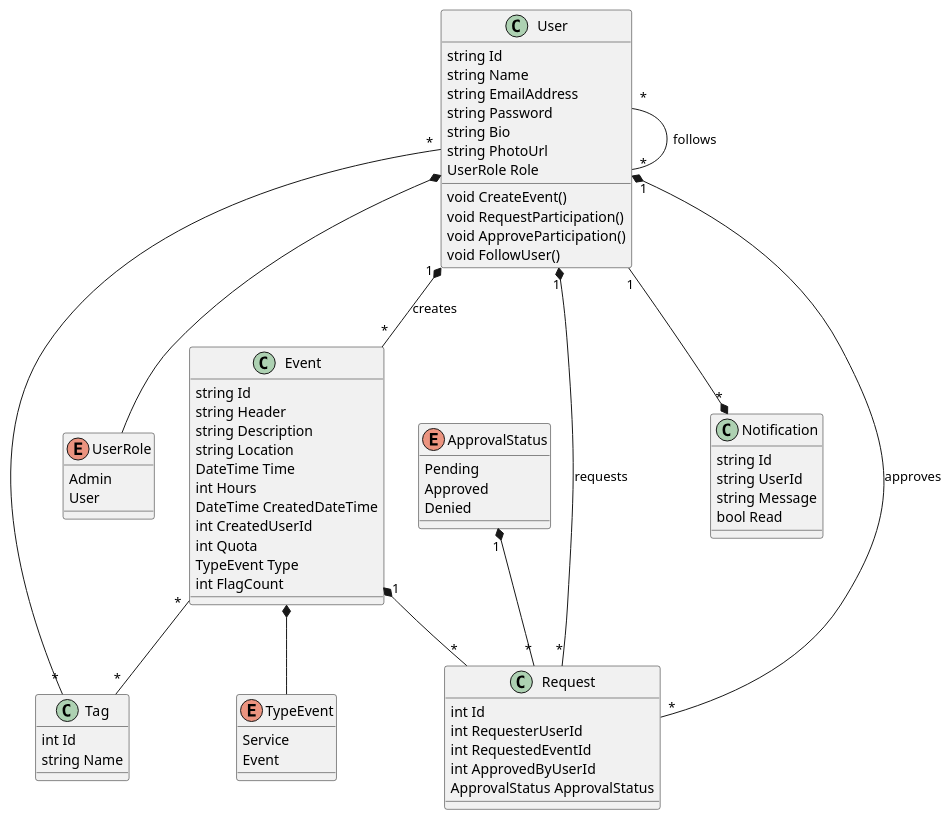
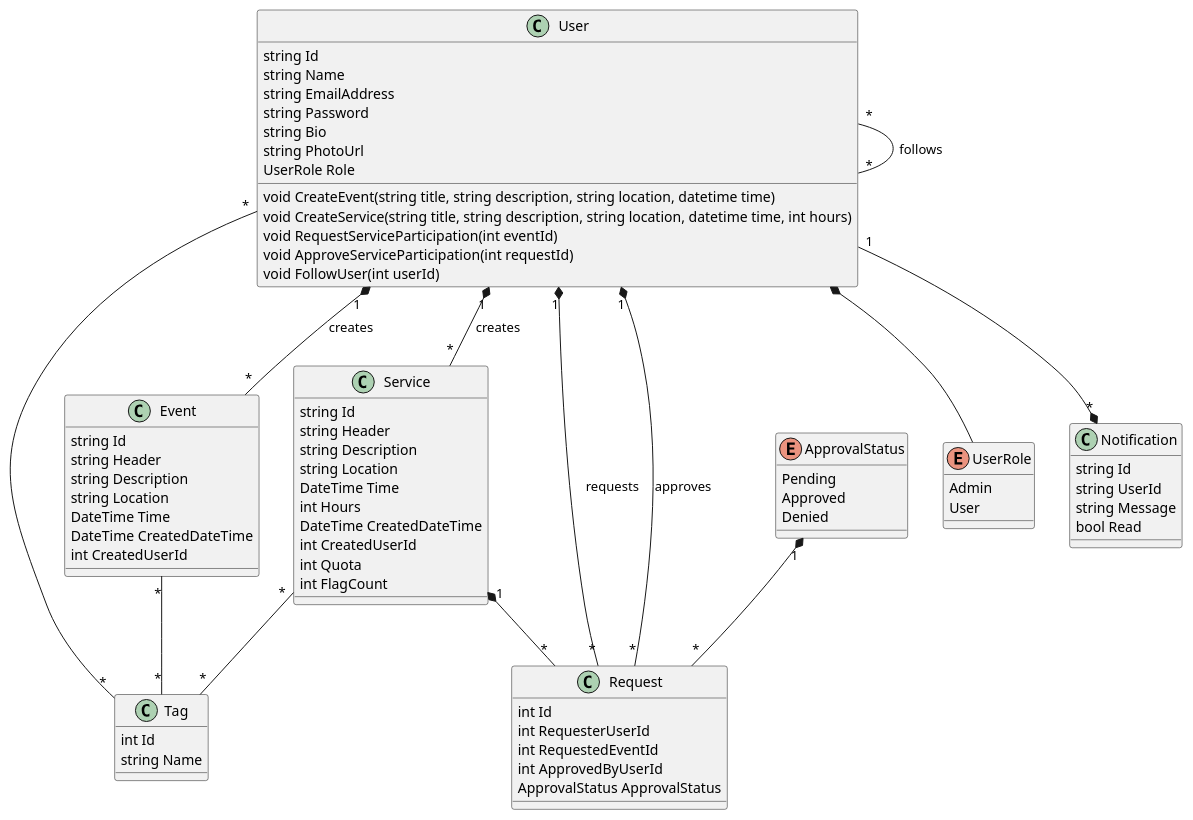
The diagram in diagrams/class-diagram.puml (ecesari/software-development-practice), drawn with PlantUML before and after one commit. The commit also changed 1 other file, not shown here.

Commit message:
updated class diagram

```diff
--- a/diagrams/class-diagram.puml
+++ b/diagrams/class-diagram.puml
@@ -1,86 +1,104 @@
 @startuml Class
 class User {
     string Id
     string Name
     string EmailAddress
     string Password
     string Bio
     string PhotoUrl
     UserRole Role
-    void CreateEvent()
-    void RequestParticipation()
-    void ApproveParticipation()
-    void FollowUser()
+    void CreateEvent(string title, string description, string location, datetime time)
+    void CreateService(string title, string description, string location, datetime time, int hours)
+    void RequestServiceParticipation(int eventId)
+    void ApproveServiceParticipation(int requestId)
+    void FollowUser(int userId)
 
 }
 
 User "1" *-- "*" Event : creates  
+User "1" *-- "*" Service : creates  
 User "*" -- "*" User : follows  
 
 
 enum UserRole {
     Admin
     User
 }
 
 User  *--  UserRole 
 
 class Event {
     string Id
     string Header
     string Description
     string Location
     DateTime Time
+    ' int Hours
+    DateTime CreatedDateTime
+    int CreatedUserId
+    ' int Quota
+    ' TypeEvent Type 
+    ' int FlagCount
+}
+
+class Service {
+    string Id
+    string Header
+    string Description
+    string Location
+    DateTime Time
     int Hours
     DateTime CreatedDateTime
     int CreatedUserId
     int Quota
-    TypeEvent Type 
+    ' TypeEvent Type 
     int FlagCount
 }
 
+
 ' User "1" *-- "*" Event : creates  
-Event  *--  TypeEvent 
+' Event  *--  TypeEvent 
 
-enum TypeEvent {
-    Service
-    Event
-}
+' enum TypeEvent {
+'     Service
+'     Event
+' }
 
 class Tag{
     int Id
     string Name
 }
 
 User "*" -- "*" Tag   
 Event "*" -- "*" Tag  
+Service "*" -- "*" Tag  
 
 class Request{
     int Id
     int RequesterUserId
     int RequestedEventId
     int ApprovedByUserId
     ApprovalStatus ApprovalStatus
 }
 User "1" *-- "*" Request : requests   
-Event "1" *-- "*" Request  
+Service "1" *-- "*" Request  
 User "1" *-- "*" Request : approves   
 ApprovalStatus "1" *-- "*" Request    
 
 enum ApprovalStatus {
     Pending
     Approved
     Denied
 }
 
 class Notification {
     string Id
     string UserId
     string Message
     bool Read
 }
 
 
 User "1" --* "*" Notification   
 
 @enduml
```
